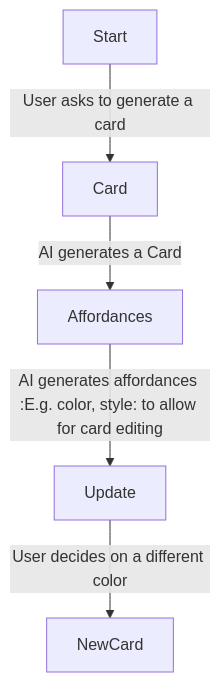
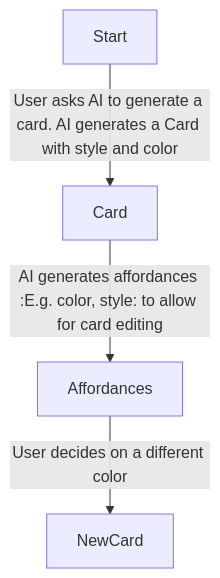
Before and after one commit to iamr0b0tx/aux: the second of 2 diagrams in documentation/HLD_DESIGN.md, drawn with Mermaid.

Commit message:
Update AI and user interaction for card generation

````diff
--- a/documentation/HLD_DESIGN.md
+++ b/documentation/HLD_DESIGN.md
@@ -74,5 +74,5 @@
 ```mermaid
 graph TB
-    Start -- User asks to generate a card --> Card -- AI generates a Card --> Affordances -- AI generates affordances :E.g. color, style: to allow for card editing --> Update -- User decides on a different color -->  NewCard;
+    Start -- User asks AI to generate a card. AI generates a Card with style and color --> Card -- AI generates affordances :E.g. color, style: to allow for card editing --> Affordances -- User decides on a different color -->  NewCard;
     
 ```
````
